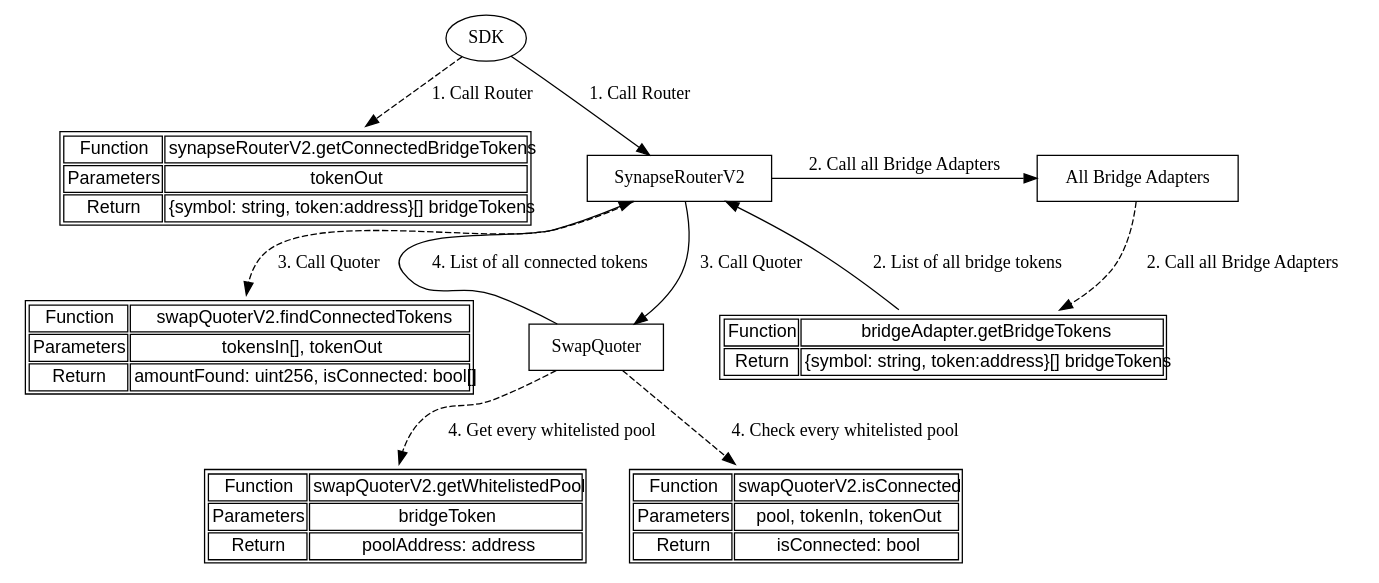
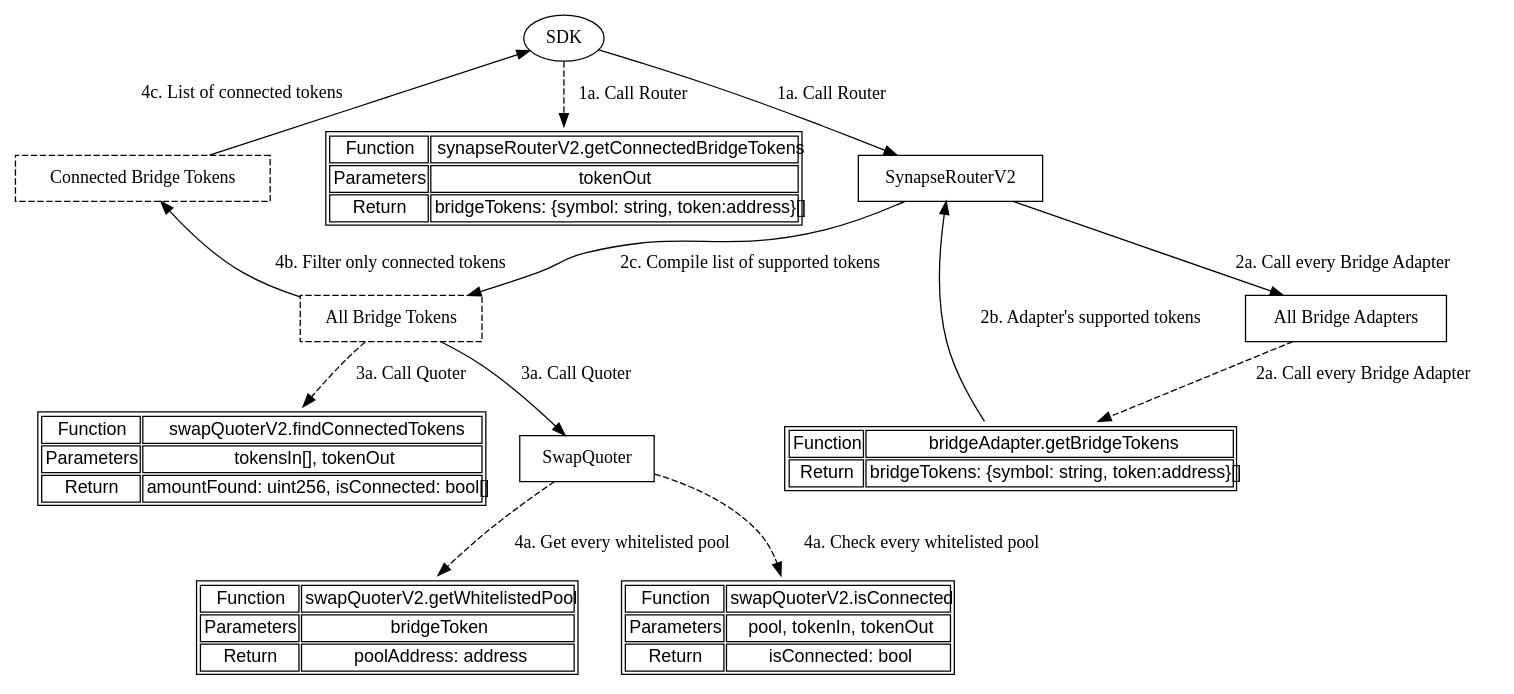
Before and after one commit to synapsecns/synapse-contracts: the diagram in contracts/router/docs/quote1.dot, drawn with Graphviz. The commit also changed 1 other file, not shown here.

Commit message:
Update first quoting diagram

```diff
--- a/contracts/router/docs/quote1.dot
+++ b/contracts/router/docs/quote1.dot
@@ -1,109 +1,107 @@
 digraph {
     sdk [label = "SDK";];
     router [label = "SynapseRouterV2";shape = rect;];
     quoter [label = "SwapQuoter";shape = rect;];
     bridgeAdapters [label = "All Bridge Adapters";shape = rect;];
+    bridgeTokens [label = "All Bridge Tokens";shape = rect;style = dashed;];
+    connectedTokens [label = "Connected Bridge Tokens";shape = rect;style = dashed;];
     node [shape = none; fontname = "Arial";];
     getConnectedBridgeTokens [label = <
         <TABLE>
         <TR>
         <TD>Function</TD>
         <TD>synapseRouterV2.getConnectedBridgeTokens</TD>
         </TR>
         <TR>
         <TD>Parameters</TD>
         <TD>tokenOut</TD>
         </TR>
         <TR>
         <TD>Return</TD>
-        <TD>{symbol: string, token:address}[] bridgeTokens</TD>
+        <TD>bridgeTokens: {symbol: string, token:address}[]</TD>
         </TR>
         </TABLE>
         >;];
     getBridgeTokens [label = <
         <TABLE>
         <TR>
         <TD>Function</TD>
         <TD>bridgeAdapter.getBridgeTokens</TD>
         </TR>
         <TR>
         <TD>Return</TD>
-        <TD>{symbol: string, token:address}[] bridgeTokens</TD>
+        <TD>bridgeTokens: {symbol: string, token:address}[]</TD>
         </TR>
         </TABLE>
         >;];
     findConnectedTokens [label = <
         <TABLE>
         <TR>
         <TD>Function</TD>
         <TD>swapQuoterV2.findConnectedTokens</TD>
         </TR>
         <TR>
         <TD>Parameters</TD>
         <TD>tokensIn[], tokenOut</TD>
         </TR>
         <TR>
         <TD>Return</TD>
         <TD>amountFound: uint256, isConnected: bool[]</TD>
         </TR>
         </TABLE>
         >;];
     getWhitelistedPool [label = <
         <TABLE>
         <TR>
         <TD>Function</TD>
         <TD>swapQuoterV2.getWhitelistedPool</TD>
         </TR>
         <TR>
         <TD>Parameters</TD>
         <TD>bridgeToken</TD>
         </TR>
         <TR>
         <TD>Return</TD>
         <TD>poolAddress: address</TD>
         </TR>
         </TABLE>
         >;];
     isConnected [label = <
         <TABLE>
         <TR>
         <TD>Function</TD>
         <TD>swapQuoterV2.isConnected</TD>
         </TR>
         <TR>
         <TD>Parameters</TD>
         <TD>pool, tokenIn, tokenOut</TD>
         </TR>
         <TR>
         <TD>Return</TD>
         <TD>isConnected: bool</TD>
         </TR>
         </TABLE>
         >;];
     
-    sdk -> router [label = "1. Call Router";];
-    sdk -> getConnectedBridgeTokens [label = "1. Call Router"; style = dashed;];
+    sdk -> router [label = "1a. Call Router";];
+    sdk -> getConnectedBridgeTokens [label = "1a. Call Router"; style = dashed;];
     
-    router -> bridgeAdapters [label = "2. Call all Bridge Adapters";];
-    bridgeAdapters -> getBridgeTokens [label = "2. Call all Bridge Adapters"; style = dashed;];
-    getBridgeTokens -> router [label = "2. List of all bridge tokens";];
+    router -> bridgeAdapters [label = "2a. Call every Bridge Adapter";];
+    bridgeAdapters -> getBridgeTokens [label = "2a. Call every Bridge Adapter"; style = dashed;];
+    getBridgeTokens -> router [label = "2b. Adapter's supported tokens";];
+    router -> bridgeTokens [label = "2c. Compile list of supported tokens";];
     
-    router -> quoter [label = "3. Call Quoter";];
-    router -> findConnectedTokens [label = "3. Call Quoter"; style = dashed;];
+    bridgeTokens -> quoter [label = "3a. Call Quoter";];
+    bridgeTokens -> findConnectedTokens [label = "3a. Call Quoter"; style = dashed;];
     
-    quoter -> getWhitelistedPool [label = "4. Get every whitelisted pool"; style = dashed;];
-    quoter -> isConnected [label = "4. Check every whitelisted pool"; style = dashed;];
-    quoter -> router [label = "4. List of all connected tokens";];
+    quoter -> getWhitelistedPool [label = "4a. Get every whitelisted pool"; style = dashed;];
+    quoter -> isConnected [label = "4a. Check every whitelisted pool"; style = dashed;];
+    bridgeTokens -> connectedTokens [label = "4b. Filter only connected tokens";];
+    connectedTokens -> sdk [xlabel = "4c. List of connected tokens";];
     
     subgraph {
         rank = same;
         edge [style = invis;];
-        getConnectedBridgeTokens -> router -> bridgeAdapters;
-    }
-    
-    subgraph {
-        rank = same;
-        edge [style = invis;];
-        findConnectedTokens -> quoter -> getBridgeTokens;
+        connectedTokens -> getConnectedBridgeTokens -> router;
     }
 }
```
